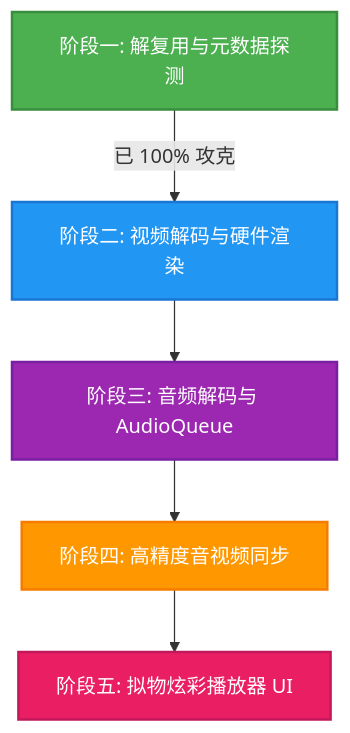
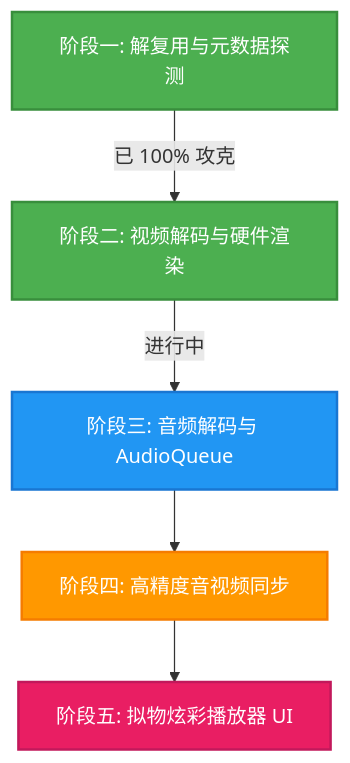
One commit to dogegg-cc/JJPlayer changed the diagram in JJPlayer_Study_Plan.md. Above: the diagram before and after it, drawn with Mermaid. The commit also changed other lines of this file and 15 other files, not shown here.

````diff
--- a/JJPlayer_Study_Plan.md
+++ b/JJPlayer_Study_Plan.md
@@ -20,12 +21,12 @@
 ```mermaid
 graph TD
     A[阶段一: 解复用与元数据探测] -->|已 100% 攻克| B[阶段二: 视频解码与硬件渲染]
-    B --> C[阶段三: 音频解码与 AudioQueue]
+    B -->|进行中| C[阶段三: 音频解码与 AudioQueue]
     C --> D[阶段四: 高精度音视频同步]
     D --> E[阶段五: 拟物炫彩播放器 UI]
     style A fill:#4CAF50,stroke:#388E3C,stroke-width:2px,color:#fff
-    style B fill:#2196F3,stroke:#1976D2,stroke-width:2px,color:#fff
-    style C fill:#9C27B0,stroke:#7B1FA2,stroke-width:2px,color:#fff
+    style B fill:#4CAF50,stroke:#388E3C,stroke-width:2px,color:#fff
+    style C fill:#2196F3,stroke:#1976D2,stroke-width:2px,color:#fff
     style D fill:#FF9800,stroke:#F57C00,stroke-width:2px,color:#fff
     style E fill:#E91E63,stroke:#C2185B,stroke-width:2px,color:#fff
 ```
````
